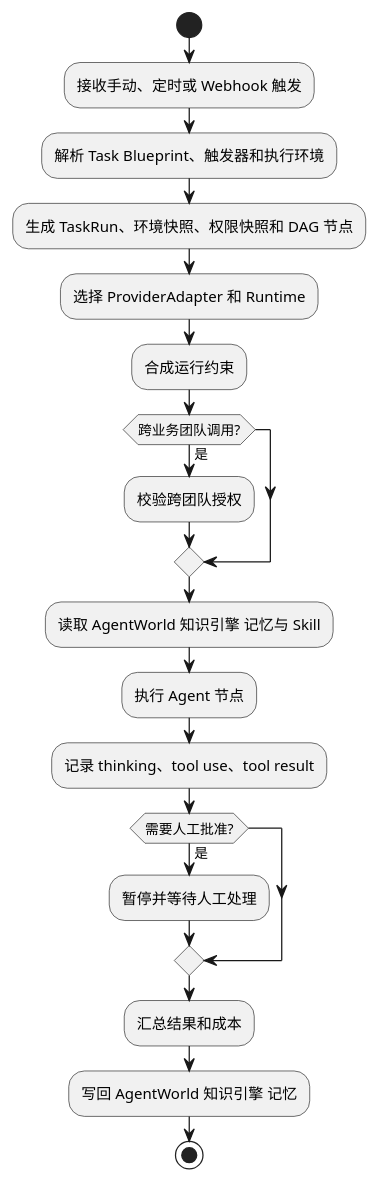
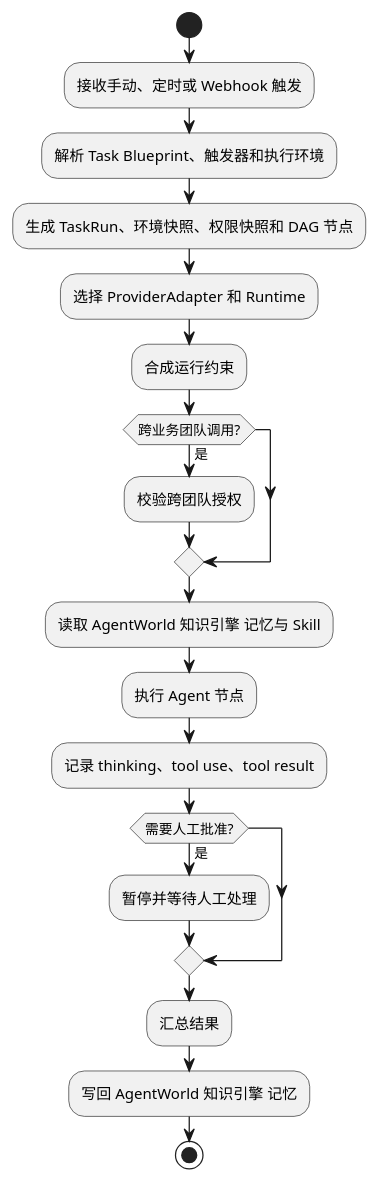
One commit to SimonMing47/agent-world changed the second of 5 diagrams in docs/system-design.zh-CN.md. Above: the diagram before and after it, drawn with PlantUML. The commit also changed other lines of this file and 33 other files, not shown here.

````diff
--- a/docs/system-design.zh-CN.md
+++ b/docs/system-design.zh-CN.md
@@ -65,22 +65,22 @@
 ```plantuml
 @startuml
 start
 :接收手动、定时或 Webhook 触发;
 :解析 Task Blueprint、触发器和执行环境;
 :生成 TaskRun、环境快照、权限快照和 DAG 节点;
 :选择 ProviderAdapter 和 Runtime;
 :合成运行约束;
 if (跨业务团队调用?) then (是)
   :校验跨团队授权;
 endif
 :读取 AgentWorld 知识引擎 记忆与 Skill;
 :执行 Agent 节点;
 :记录 thinking、tool use、tool result;
 if (需要人工批准?) then (是)
   :暂停并等待人工处理;
 endif
-:汇总结果和成本;
+:汇总结果;
 :写回 AgentWorld 知识引擎 记忆;
 stop
 @enduml
 ```
````
